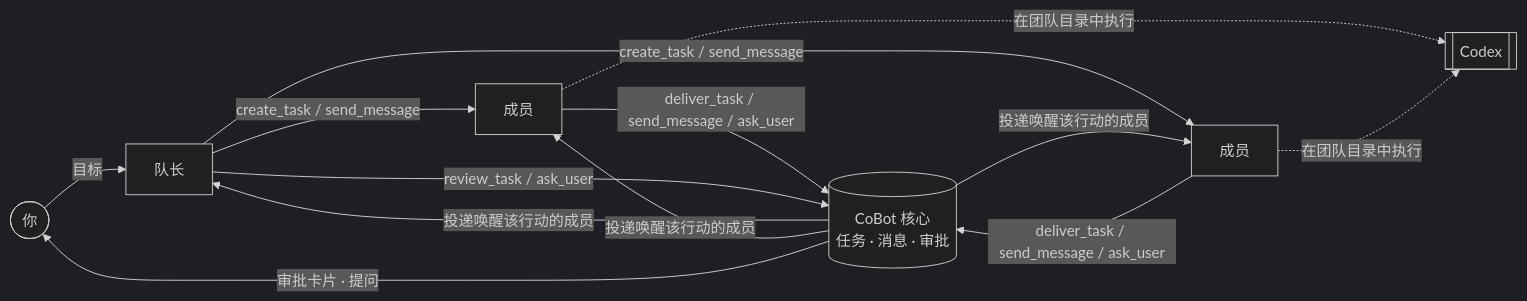
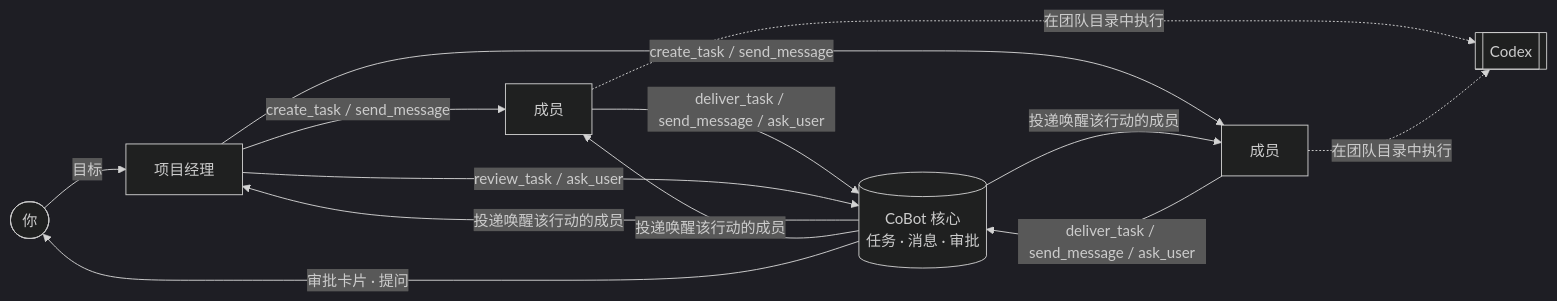
The diagram in README.zh-CN.md (kunghim/CoBot), drawn with Mermaid (dark theme) before and after one commit. The commit also changed other lines of this file and 51 other files, not shown here.

````diff
--- a/README.zh-CN.md
+++ b/README.zh-CN.md
@@ -33,11 +33,11 @@
 ```mermaid
 flowchart LR
-    U([你]) -->|目标| L[队长]
+    U([你]) -->|目标| L[项目经理]
     L -->|create_task / send_message| M1[成员]
     L -->|create_task / send_message| M2[成员]
     M1 & M2 -->|deliver_task / send_message / ask_user| C[(CoBot 核心<br/>任务 · 消息 · 审批)]
     L -->|review_task / ask_user| C
     C -->|投递唤醒该行动的成员| L & M1 & M2
     C -->|审批卡片 · 提问| U
     M1 & M2 -. 在团队目录中执行 .-> E[[Codex]]
 ```
````
